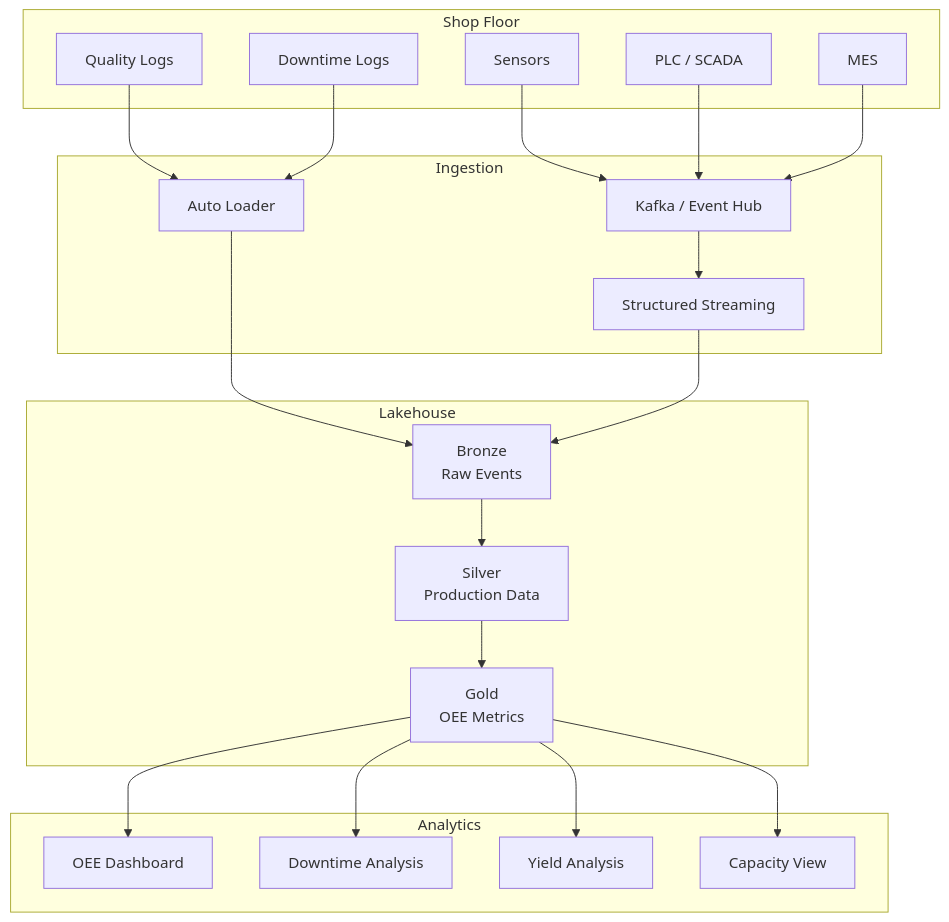
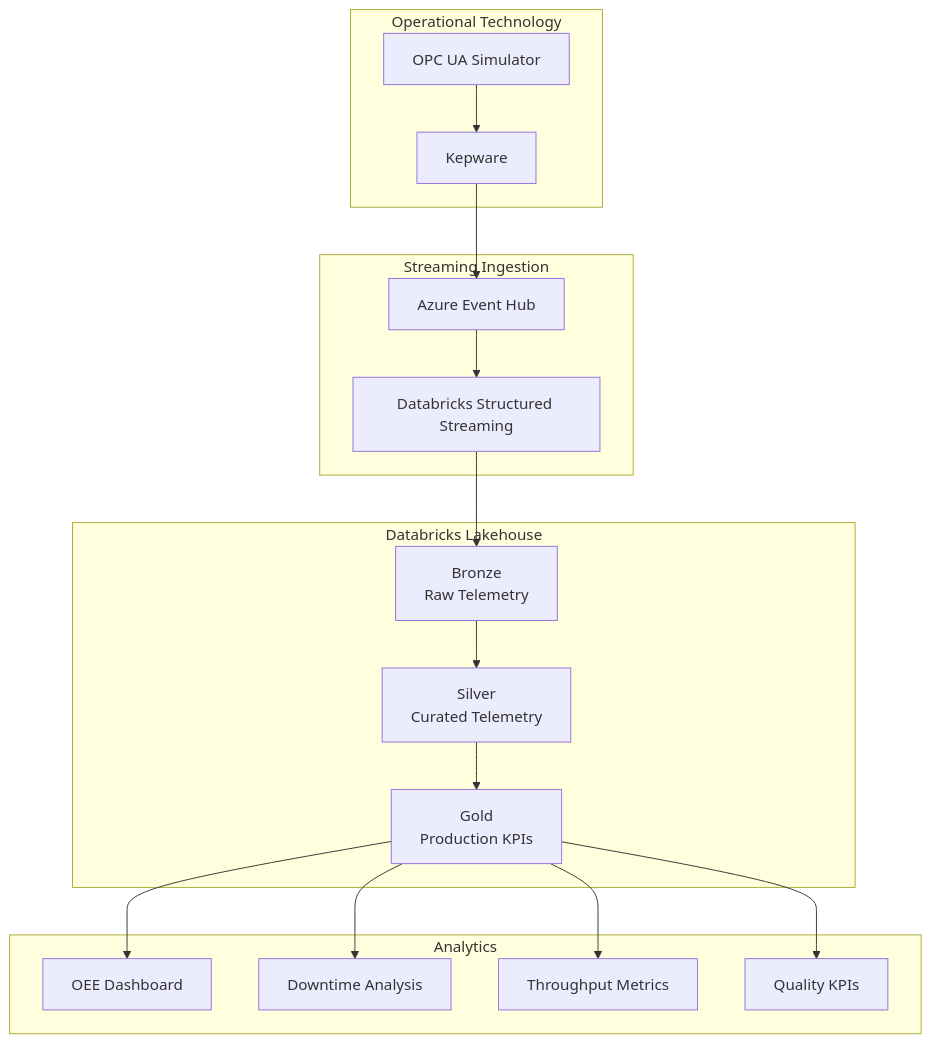
One commit to SOLVERIGHT/smart-manufacturing changed the diagram in README.md. Above: the diagram before and after it, drawn with Mermaid.

````diff
--- a/README.md
+++ b/README.md
@@ -16,48 +16,39 @@
 ```mermaid
 flowchart TB
 
-    subgraph ShopFloor["Shop Floor"]
-        Sensors["Sensors"]
-        PLC["PLC / SCADA"]
-        MES["MES"]
-        Quality["Quality Logs"]
-        Downtime["Downtime Logs"]
+    subgraph OT["Operational Technology"]
+        OPC["OPC UA Simulator"]
+        KEP["Kepware"]
     end
 
-    subgraph Ingestion["Ingestion"]
-        EventHub["Kafka / Event Hub"]
-        AutoLoader["Auto Loader"]
-        Streaming["Structured Streaming"]
+    subgraph Ingestion["Streaming Ingestion"]
+        EH["Azure Event Hub"]
+        STREAM["Databricks Structured Streaming"]
     end
 
-    subgraph Lakehouse["Lakehouse"]
-        Bronze["Bronze<br/>Raw Events"]
-        Silver["Silver<br/>Production Data"]
-        Gold["Gold<br/>OEE Metrics"]
+    subgraph Lakehouse["Databricks Lakehouse"]
+        Bronze["Bronze<br/>Raw Telemetry"]
+        Silver["Silver<br/>Curated Telemetry"]
+        Gold["Gold<br/>Production KPIs"]
     end
 
     subgraph Analytics["Analytics"]
         OEE["OEE Dashboard"]
-        DowntimeRpt["Downtime Analysis"]
-        YieldRpt["Yield Analysis"]
-        CapacityRpt["Capacity View"]
+        Downtime["Downtime Analysis"]
+        Throughput["Throughput Metrics"]
+        Quality["Quality KPIs"]
     end
 
-    Sensors --> EventHub
-    PLC --> EventHub
-    MES --> EventHub
-    Quality --> AutoLoader
-    Downtime --> AutoLoader
+    OPC --> KEP
+    KEP --> EH
+    EH --> STREAM
 
-    EventHub --> Streaming
-    AutoLoader --> Bronze
-    Streaming --> Bronze
-
+    STREAM --> Bronze
     Bronze --> Silver
     Silver --> Gold
 
     Gold --> OEE
-    Gold --> DowntimeRpt
-    Gold --> YieldRpt
-    Gold --> CapacityRpt
+    Gold --> Downtime
+    Gold --> Throughput
+    Gold --> Quality
 ```
````
